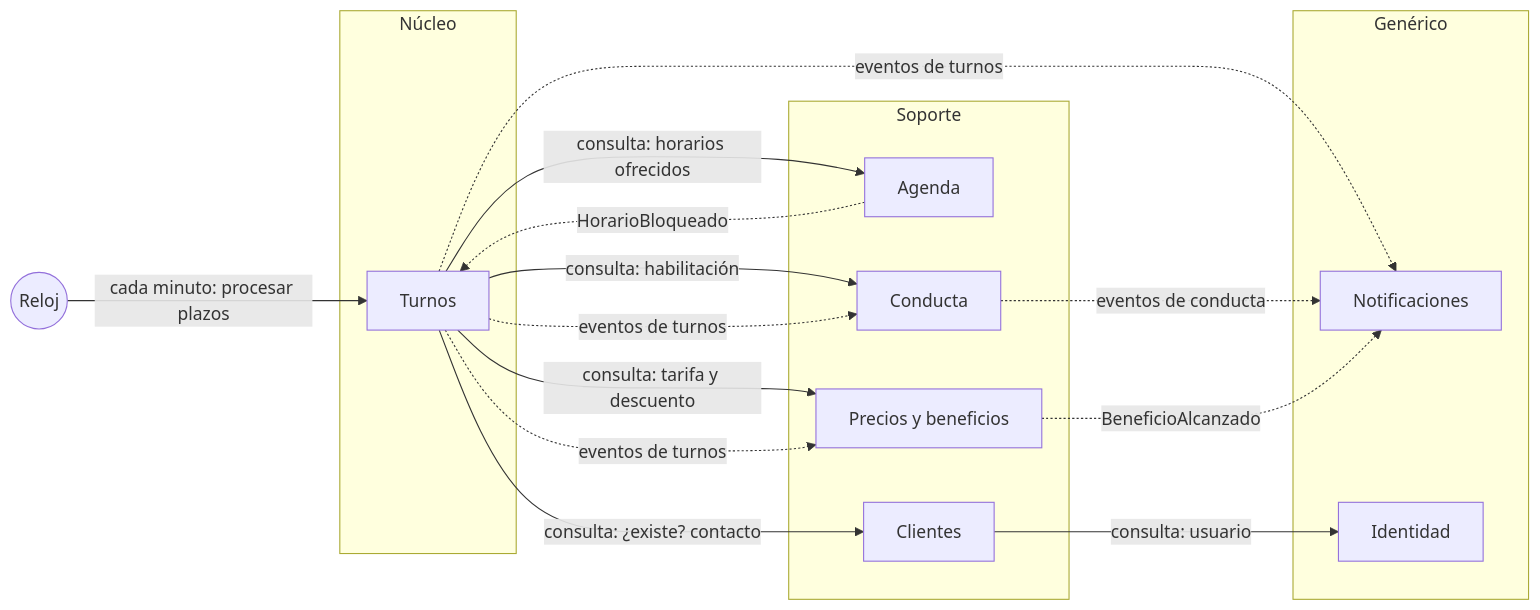
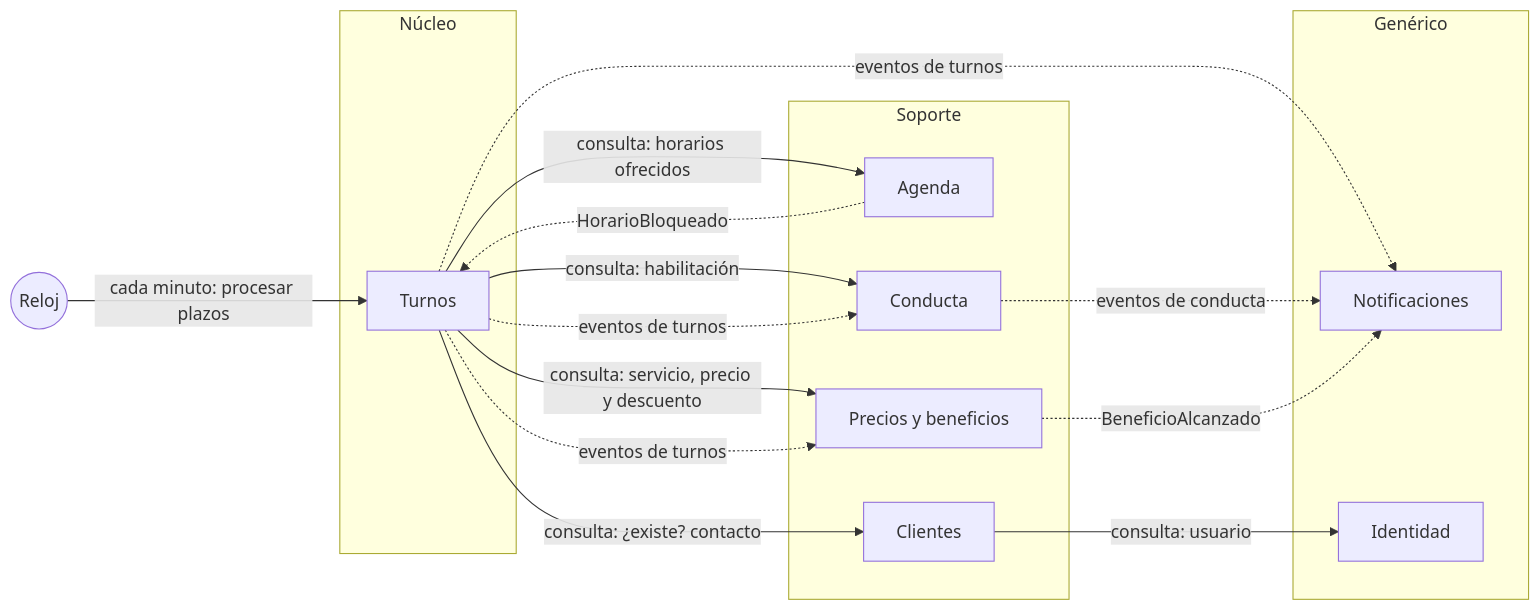
Before and after one commit to gcasas205/barber-colo-app: the first of 3 diagrams in docs/dominio.md, drawn with Mermaid. The commit also changed other lines of this file and 15 other files, not shown here.

````diff
--- a/docs/dominio.md
+++ b/docs/dominio.md
@@ -47,31 +47,31 @@
 ```mermaid
 flowchart LR
     subgraph Núcleo
         T[Turnos]
     end
     subgraph Soporte
         A[Agenda]
         C[Clientes]
         K[Conducta]
         P[Precios y beneficios]
     end
     subgraph Genérico
         N[Notificaciones]
         I[Identidad]
     end
     R((Reloj))
 
     T -- "consulta: horarios ofrecidos" --> A
     T -- "consulta: ¿existe? contacto" --> C
     T -- "consulta: habilitación" --> K
-    T -- "consulta: tarifa y descuento" --> P
+    T -- "consulta: servicio, precio y descuento" --> P
     C -- "consulta: usuario" --> I
     R -- "cada minuto: procesar plazos" --> T
 
     T -. "eventos de turnos" .-> K
     T -. "eventos de turnos" .-> P
     T -. "eventos de turnos" .-> N
     K -. "eventos de conducta" .-> N
     P -. "BeneficioAlcanzado" .-> N
     A -. "HorarioBloqueado" .-> T
 ```
````
